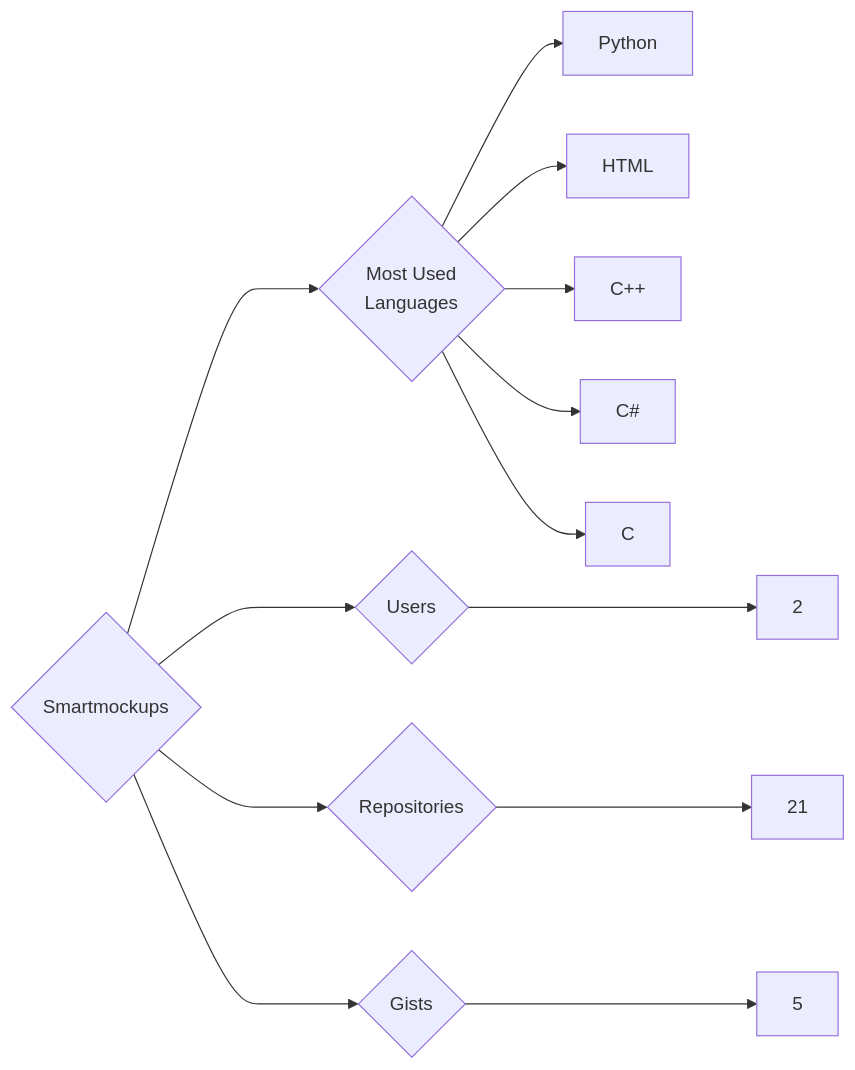
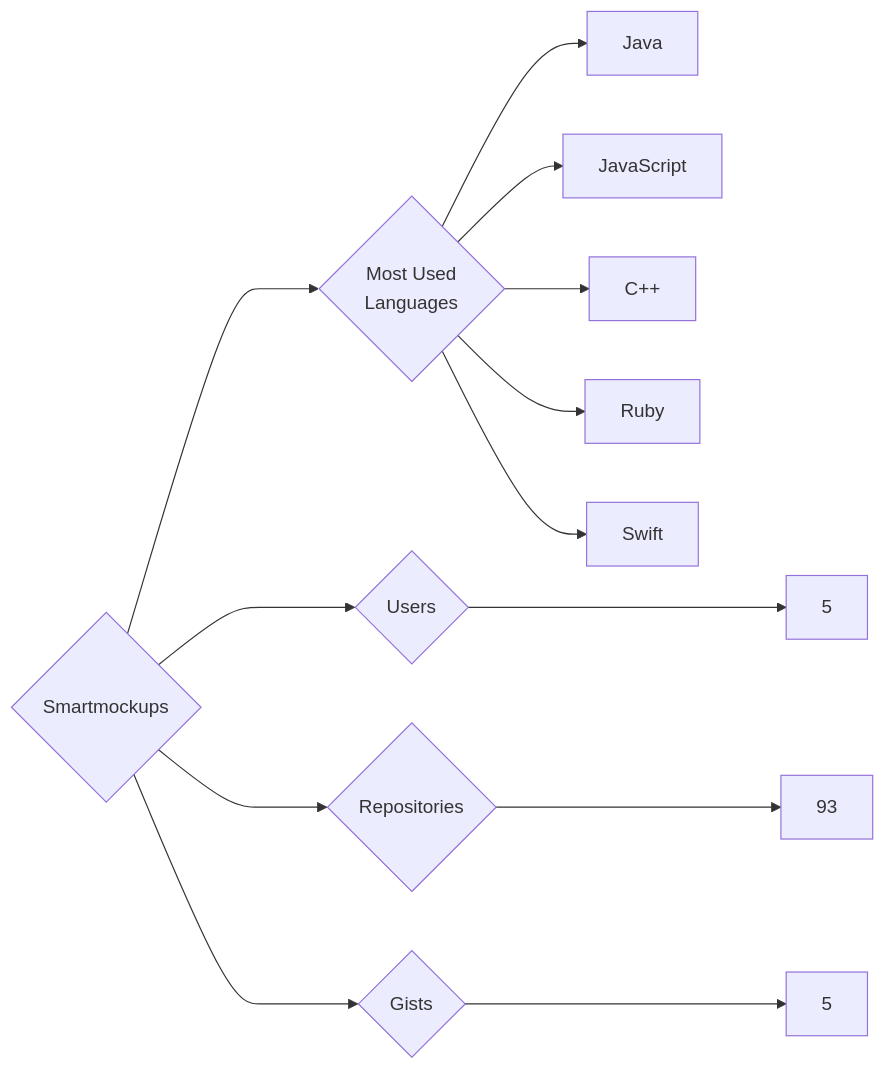
The diagram in targets/Smartmockups/README.md (trickest/insiders), drawn with Mermaid before and after one commit. The commit also changed 1389 other files, not shown here.

````diff
--- a/targets/Smartmockups/README.md
+++ b/targets/Smartmockups/README.md
@@ -3,13 +3,13 @@
 ```mermaid
 graph LR
 COMPANY_NAME{Smartmockups}
-COMPANY_NAME ---> U{Users} ---> UN[2]
-COMPANY_NAME ---> R{Repositories} ---> RN[21]
+COMPANY_NAME ---> U{Users} ---> UN[5]
+COMPANY_NAME ---> R{Repositories} ---> RN[93]
 COMPANY_NAME ---> G{Gists} ---> GN[5]
 COMPANY_NAME ---> ML{Most Used<br>Languages}
-ML --> Python[Python]
-ML --> HTML[HTML]
+ML --> Java[Java]
+ML --> JavaScript[JavaScript]
 ML --> C++[C++]
-ML --> C#[C#]
-ML --> C[C]
+ML --> Ruby[Ruby]
+ML --> Swift[Swift]
 ```
````
